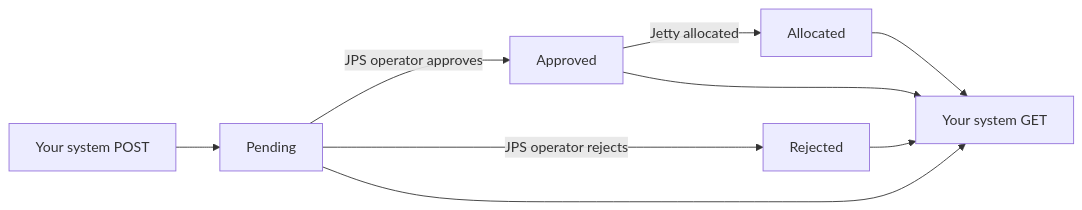
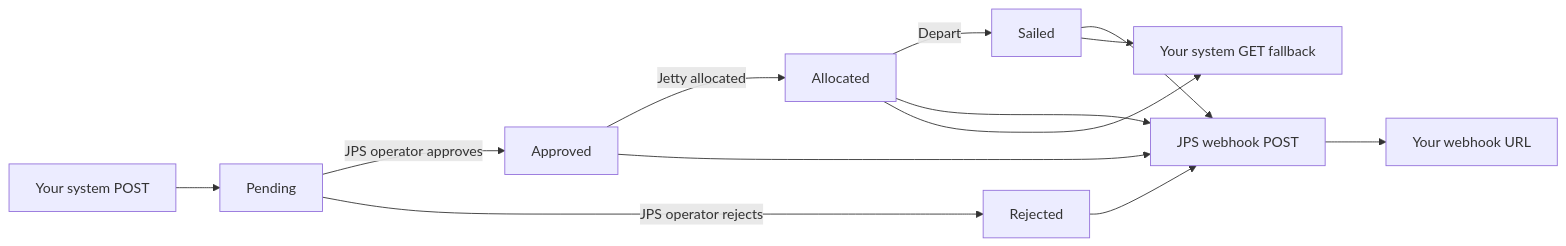
Before and after one commit to dwsitproject-hub/Logistic: the diagram in docs/INBOUND-SHIPPING-INSTRUCTION-PARTNER-API.md, drawn with Mermaid. The commit also changed other lines of this file and 9 other files, not shown here.

Commit message:
feat(jps): API v5.6 - send company_hub_code (operating company from Master Company DHM code), read the port's company list from GET /catalog/company, show valid_* values on a 400

````diff
--- a/docs/INBOUND-SHIPPING-INSTRUCTION-PARTNER-API.md
+++ b/docs/INBOUND-SHIPPING-INSTRUCTION-PARTNER-API.md
@@ -23,11 +39,15 @@
 ```mermaid
 flowchart LR
     yourSystem[Your system POST] --> pendingState[Pending]
     pendingState -->|JPS operator approves| approvedState[Approved]
     pendingState -->|JPS operator rejects| rejectedState[Rejected]
     approvedState -->|Jetty allocated| allocatedState[Allocated]
-    allocatedState --> yourPoll[Your system GET]
-    approvedState --> yourPoll
-    rejectedState --> yourPoll
-    pendingState --> yourPoll
+    allocatedState -->|Depart| sailedState[Sailed]
+    jpsWebhook[JPS webhook POST] --> yourReceiver[Your webhook URL]
+    allocatedState --> jpsWebhook
+    approvedState --> jpsWebhook
+    rejectedState --> jpsWebhook
+    sailedState --> jpsWebhook
+    allocatedState --> yourPoll[Your system GET fallback]
+    sailedState --> yourPoll
 ```
````
